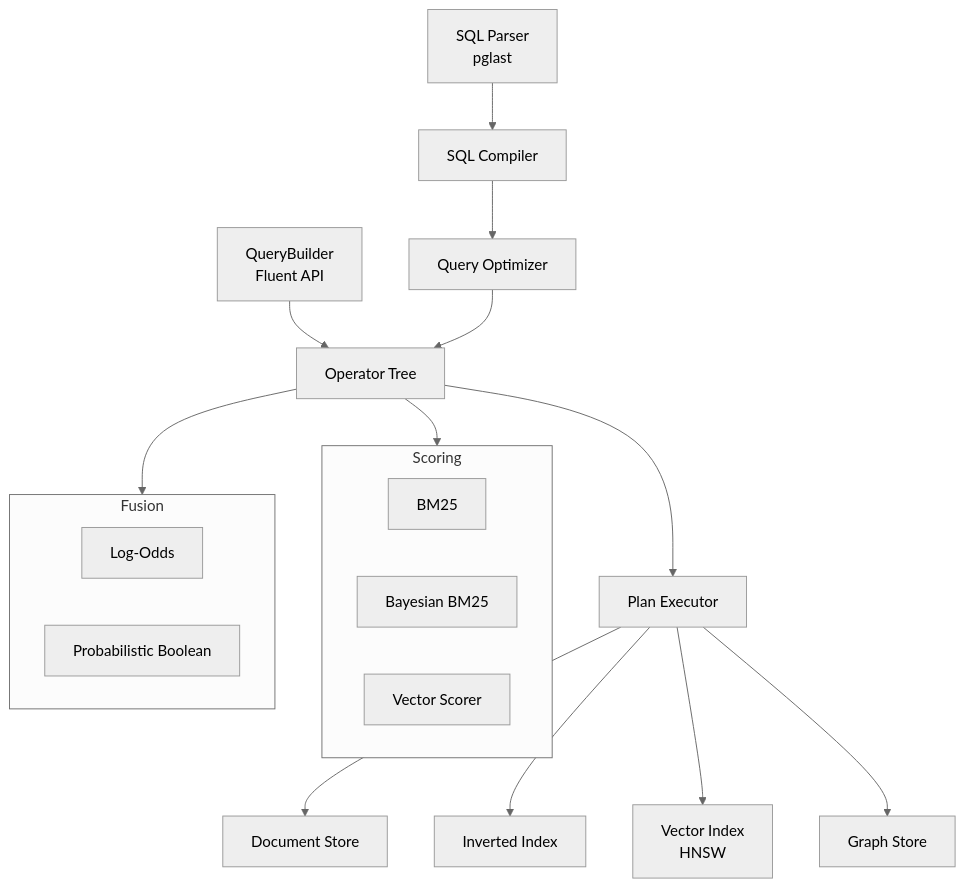
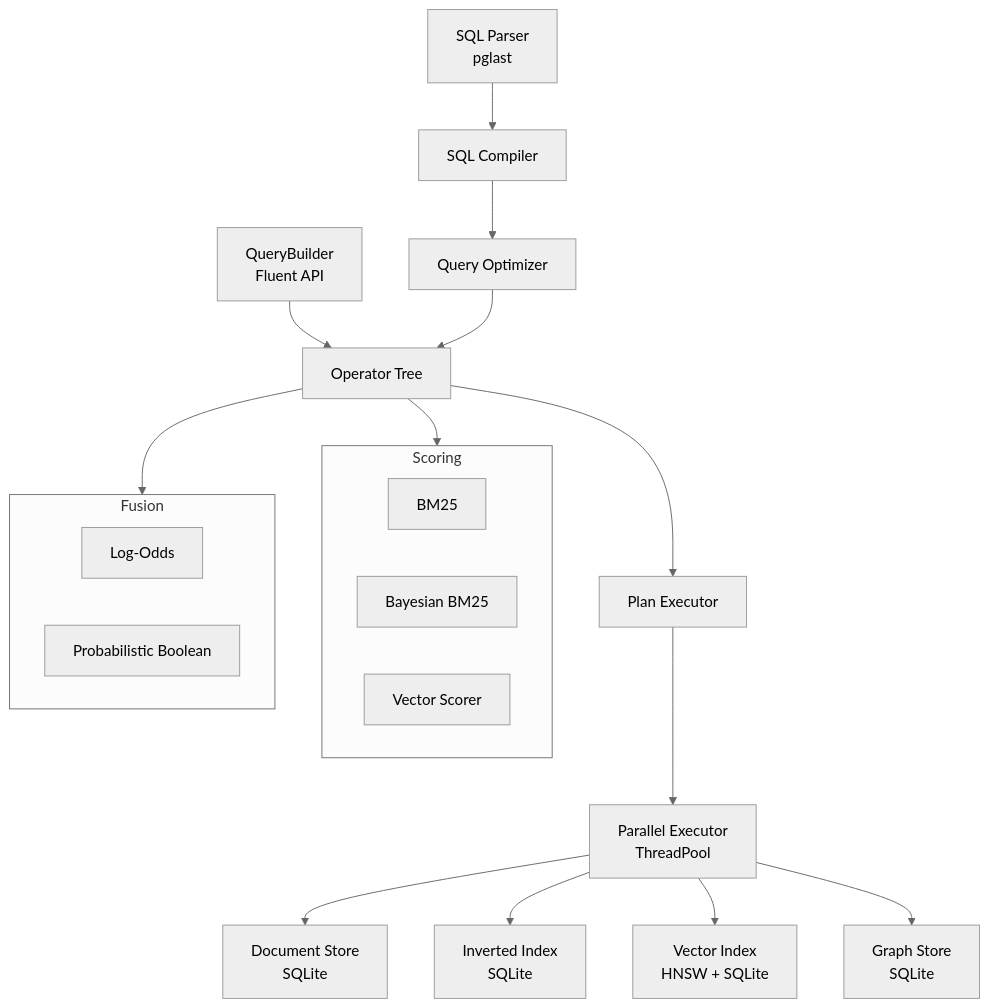
The diagram in README.md (cognica-io/uqa), drawn with Mermaid (neutral theme) before and after one commit. The commit also changed other lines of this file and 3 other files, not shown here.

````diff
--- a/README.md
+++ b/README.md
@@ -32,28 +40,29 @@
 ```mermaid
 graph TD
     SQL[SQL Parser<br/>pglast] --> Compiler[SQL Compiler]
     QB[QueryBuilder<br/>Fluent API] --> Operators
 
     Compiler --> Optimizer[Query Optimizer]
     Optimizer --> Operators[Operator Tree]
     Operators --> Executor[Plan Executor]
+    Executor --> PAR[Parallel Executor<br/>ThreadPool]
 
-    Executor --> DS[Document Store]
-    Executor --> II[Inverted Index]
-    Executor --> VI[Vector Index<br/>HNSW]
-    Executor --> GS[Graph Store]
+    PAR --> DS[Document Store<br/>SQLite]
+    PAR --> II[Inverted Index<br/>SQLite]
+    PAR --> VI[Vector Index<br/>HNSW + SQLite]
+    PAR --> GS[Graph Store<br/>SQLite]
 
     subgraph Scoring
         BM25[BM25]
         BBFS[Bayesian BM25]
         VS[Vector Scorer]
     end
 
     subgraph Fusion
         LO[Log-Odds]
         PB[Probabilistic Boolean]
     end
 
     Operators --> Scoring
     Operators --> Fusion
 ```
````
